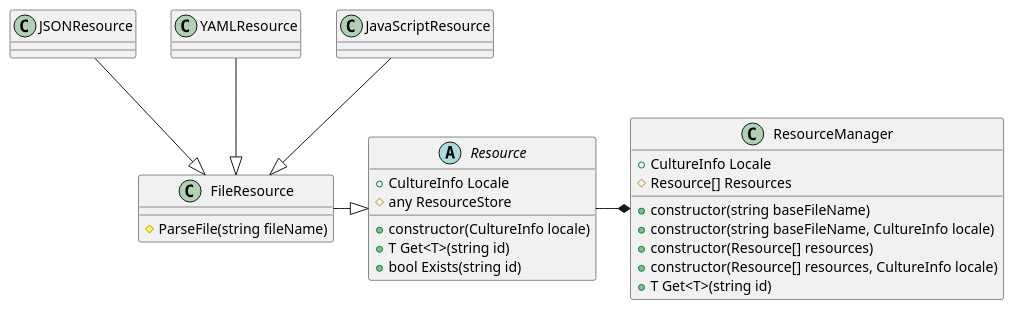
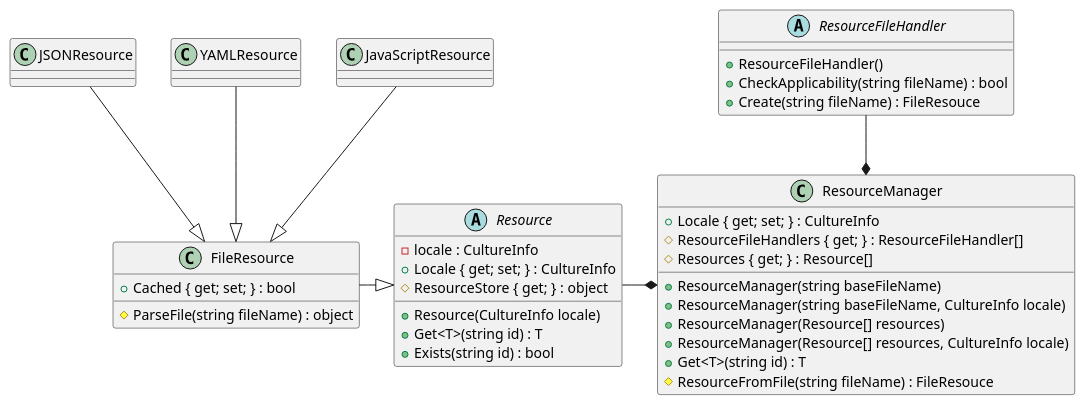
One commit to manuth/ResourceManager.js changed the diagram in docs/ClassDiagram.wsd. Above: the diagram before and after it, drawn with PlantUML.

Commit message:
Rework the class diagram

```diff
--- a/docs/ClassDiagram.wsd
+++ b/docs/ClassDiagram.wsd
@@ -1,48 +1,56 @@
 @startuml ResourceManager.js
-abstract Resource
+abstract class ResourceFileHandler
 {
-    + constructor(CultureInfo locale)
-    + CultureInfo Locale
-    # any ResourceStore
+    + ResourceFileHandler()
+    + CheckApplicability(string fileName) : bool
+    + Create(string fileName) : FileResouce
+}
 
-    + T Get<T>(string id)
-    + bool Exists(string id)
+abstract class Resource
+{
+    - locale : CultureInfo
+    + Resource(CultureInfo locale)
+    + Locale { get; set; } : CultureInfo
+    # ResourceStore { get; } : object
+    + Get<T>(string id) : T
+    + Exists(string id) : bool
 }
 
 class ResourceManager
 {
-    + constructor(string baseFileName)
-    + constructor(string baseFileName, CultureInfo locale)
-    + constructor(Resource[] resources)
-    + constructor(Resource[] resources, CultureInfo locale)
-    + CultureInfo Locale
-    # Resource[] Resources
-
-    + T Get<T>(string id)
+    + ResourceManager(string baseFileName)
+    + ResourceManager(string baseFileName, CultureInfo locale)
+    + ResourceManager(Resource[] resources)
+    + ResourceManager(Resource[] resources, CultureInfo locale)
+    + Locale { get; set; } : CultureInfo
+    # ResourceFileHandlers { get; } : ResourceFileHandler[]
+    # Resources { get; } : Resource[]
+    + Get<T>(string id) : T
+    # ResourceFromFile(string fileName) : FileResouce
 }
-
-Resource -* ResourceManager
 
 class FileResource
 {
-    # ParseFile(string fileName)
+    + Cached { get; set; } : bool
+    # ParseFile(string fileName) : object
 }
-
-FileResource -|> Resource
 
 class JSONResource
 {
 }
 
 class YAMLResource
 {
 }
 
 class JavaScriptResource
 {
 }
 
 JSONResource --|> FileResource
 YAMLResource --|> FileResource
 JavaScriptResource --|> FileResource
+FileResource -|> Resource
+Resource -* ResourceManager
+ResourceFileHandler --* ResourceManager
 @enduml
```
